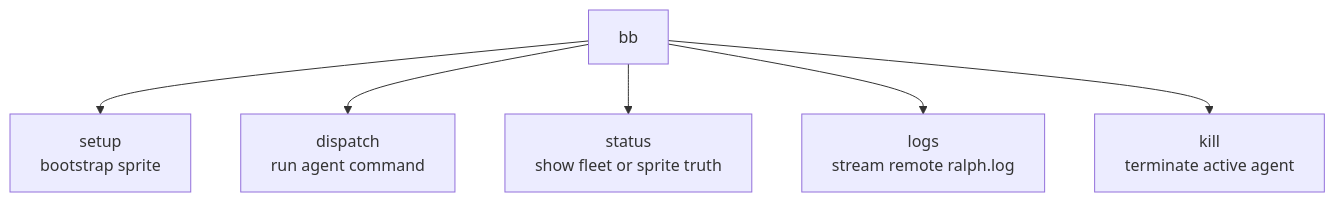
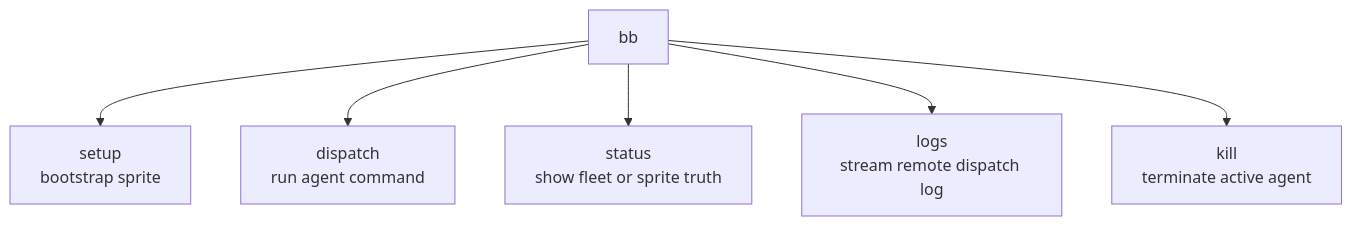
One commit to misty-step/bitterblossom changed the first of 5 diagrams in docs/architecture/bb-cli.md. Above: the diagram before and after it, drawn with Mermaid. The commit also changed 7 other files, not shown here.

````diff
--- a/docs/architecture/bb-cli.md
+++ b/docs/architecture/bb-cli.md
@@ -16,8 +16,8 @@
 ```mermaid
 flowchart TD
     Root["bb"] --> Setup["setup\nbootstrap sprite"]
     Root --> Dispatch["dispatch\nrun agent command"]
     Root --> Status["status\nshow fleet or sprite truth"]
-    Root --> Logs["logs\nstream remote ralph.log"]
+    Root --> Logs["logs\nstream remote dispatch log"]
     Root --> Kill["kill\nterminate active agent"]
 ```
````
